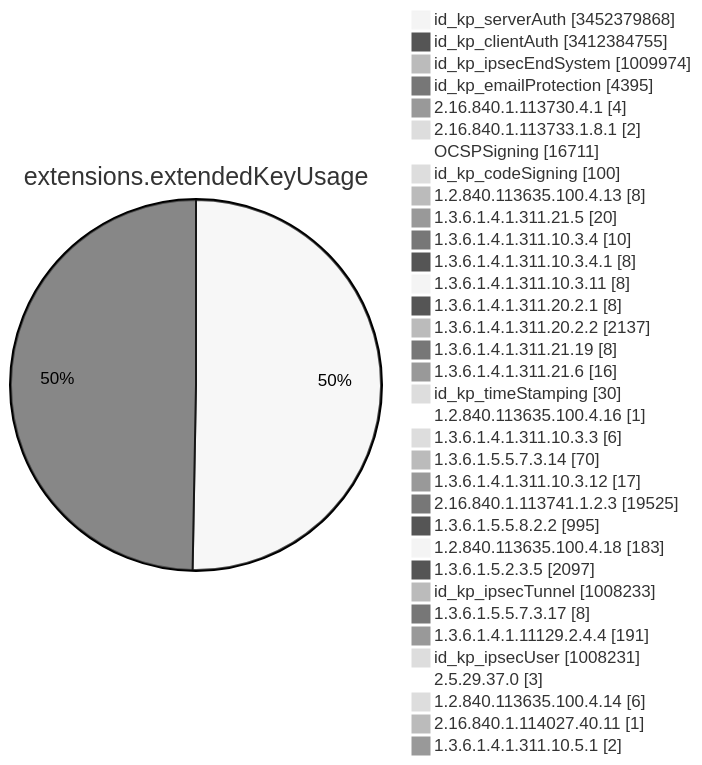
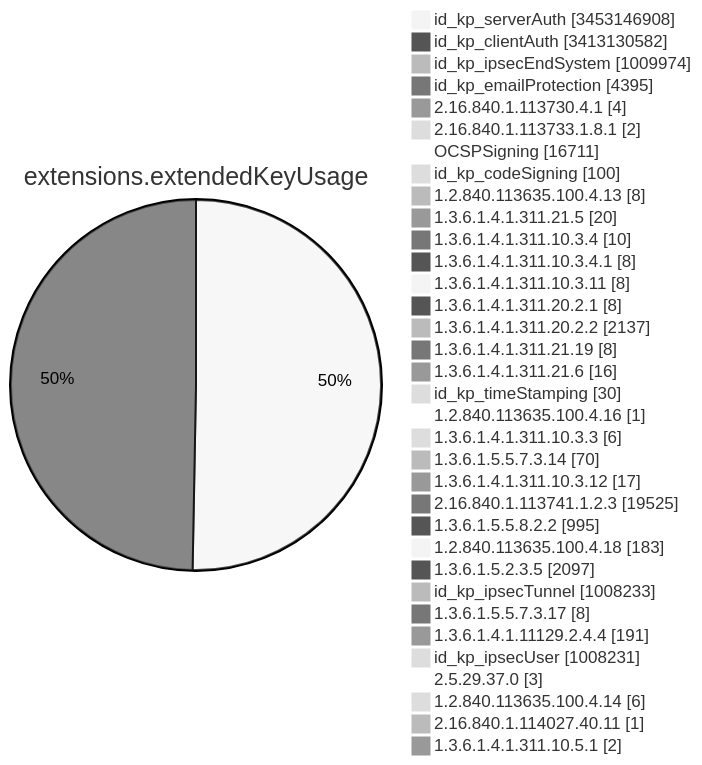
One commit to christiankrug/ctmonitor_visualization changed diagram 11 of 15 in TOTAL/README.md. Above: the diagram before and after it, drawn with Mermaid (neutral theme). The commit also changed other lines of this file, not shown here.

````diff
--- a/TOTAL/README.md
+++ b/TOTAL/README.md
@@ -4123,38 +4123,38 @@
 ```mermaid
 pie showData
 title extensions.extendedKeyUsage
-"id_kp_serverAuth" :3452379868
-"id_kp_clientAuth" :3412384755
+"id_kp_serverAuth" :3453146908
+"id_kp_clientAuth" :3413130582
 "id_kp_ipsecEndSystem" :1009974
 "id_kp_emailProtection" :4395
 "2.16.840.1.113730.4.1" :4
 "2.16.840.1.113733.1.8.1" :2
 "OCSPSigning" :16711
 "id_kp_codeSigning" :100
 "1.2.840.113635.100.4.13" :8
 "1.3.6.1.4.1.311.21.5" :20
 "1.3.6.1.4.1.311.10.3.4" :10
 "1.3.6.1.4.1.311.10.3.4.1" :8
 "1.3.6.1.4.1.311.10.3.11" :8
 "1.3.6.1.4.1.311.20.2.1" :8
 "1.3.6.1.4.1.311.20.2.2" :2137
 "1.3.6.1.4.1.311.21.19" :8
 "1.3.6.1.4.1.311.21.6" :16
 "id_kp_timeStamping" :30
 "1.2.840.113635.100.4.16" :1
 "1.3.6.1.4.1.311.10.3.3" :6
 "1.3.6.1.5.5.7.3.14" :70
 "1.3.6.1.4.1.311.10.3.12" :17
 "2.16.840.1.113741.1.2.3" :19525
 "1.3.6.1.5.5.8.2.2" :995
 "1.2.840.113635.100.4.18" :183
 "1.3.6.1.5.2.3.5" :2097
 "id_kp_ipsecTunnel" :1008233
 "1.3.6.1.5.5.7.3.17" :8
 "1.3.6.1.4.1.11129.2.4.4" :191
 "id_kp_ipsecUser" :1008231
 "2.5.29.37.0" :3
 "1.2.840.113635.100.4.14" :6
 "2.16.840.1.114027.40.11" :1
 "1.3.6.1.4.1.311.10.5.1" :2
 ```
````
